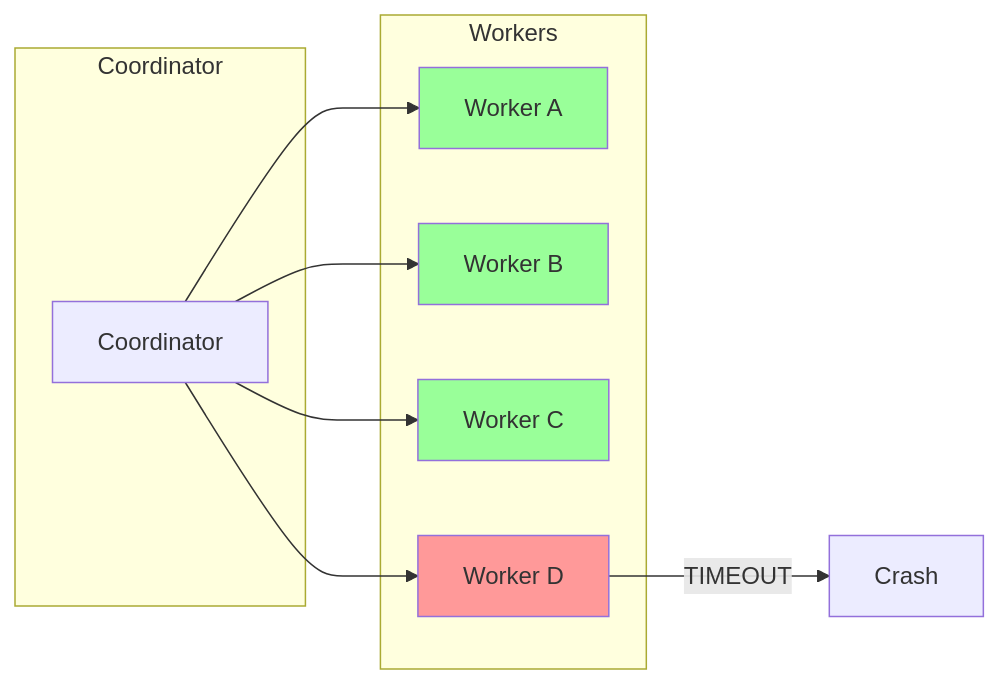
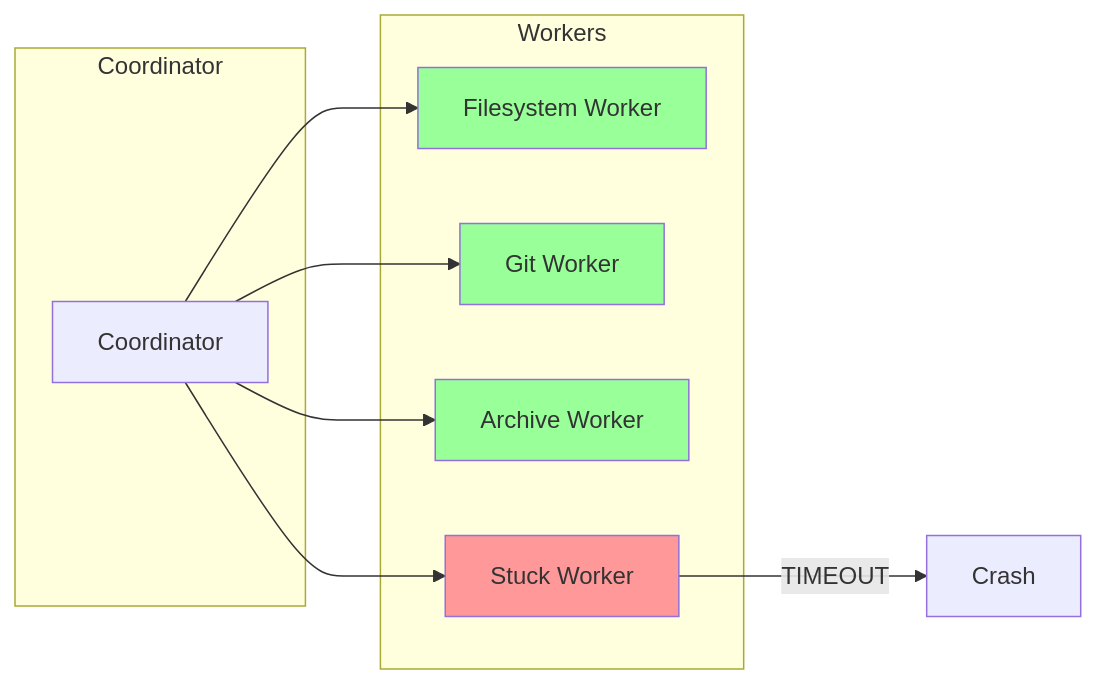
One commit to ahrav/gossip-rs-learning-guide changed the second of 2 diagrams in 00-prologue/02-why-distributed.md. Above: the diagram before and after it, drawn with Mermaid. The commit also changed other lines of this file and 2 other files, not shown here.

````diff
--- a/00-prologue/02-why-distributed.md
+++ b/00-prologue/02-why-distributed.md
@@ -78,25 +78,25 @@
 ```mermaid
 graph LR
     subgraph Coordinator
         CO[Coordinator]
     end
 
     subgraph Workers
-        W1[Worker A]
-        W2[Worker B]
-        W3[Worker C]
-        W4[Worker D]
+        W1[Filesystem Worker]
+        W2[Git Worker]
+        W3[Archive Worker]
+        W4[Stuck Worker]
     end
 
     CO --> W1
     CO --> W2
     CO --> W3
     CO --> W4
 
     W4 --> |TIMEOUT| X[Crash]
 
     style W4 fill:#ff9999
     style W1 fill:#99ff99
     style W2 fill:#99ff99
     style W3 fill:#99ff99
 ```
````
